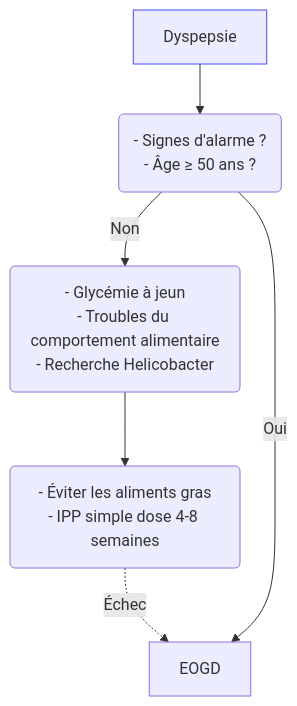
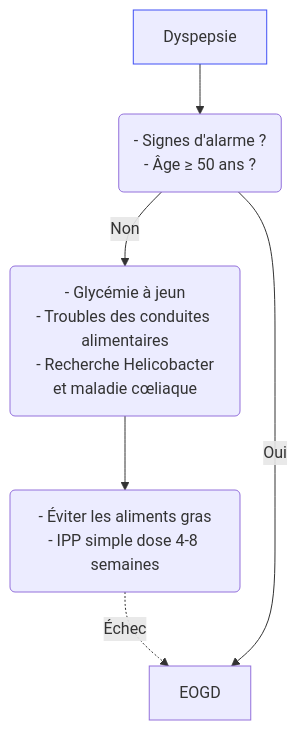
Before and after one commit to djibe/recommandations-medicales: the diagram in content/recommandations/dyspepsie.md, drawn with Mermaid. The commit also changed other lines of this file and 16 other files, not shown here.

```diff
--- a/content/recommandations/dyspepsie.md
+++ b/content/recommandations/dyspepsie.md
@@ -144,10 +150,9 @@
 {{< mermaid title="Conduite à tenir et prise en charge d'une dyspepsie. Dr JB Fron d'après SNFGE 2019" >}}
 graph TB
-  Dyspepsie
-  style Dyspepsie stroke:#4150f5, stroke-width:1px
-    Dyspepsie --> gravite("- Signes d'alarme ?<br>- Âge ≥ 50 ans ?")
-      gravite -- Non --> bilan("- Glycémie à jeun<br>- Troubles du comportement alimentaire<br>- Recherche Helicobacter")
+  Dyspepsie --> gravité("- Signes d'alarme ?<br>- Âge ≥ 50 ans ?")
+      gravité -- Non --> bilan("- Glycémie à jeun<br>- Troubles des conduites alimentaires<br>- Recherche Helicobacter<br>et maladie cœliaque")
         bilan --> traitement("- Éviter les aliments gras<br>- IPP simple dose 4-8 semaines")
           traitement -. Échec .-> EOGD
-      gravite -- Oui --> EOGD
+      gravité -- Oui --> EOGD
+  style Dyspepsie stroke:#4150f5, stroke-width:1px
 {{< /mermaid >}}
```
